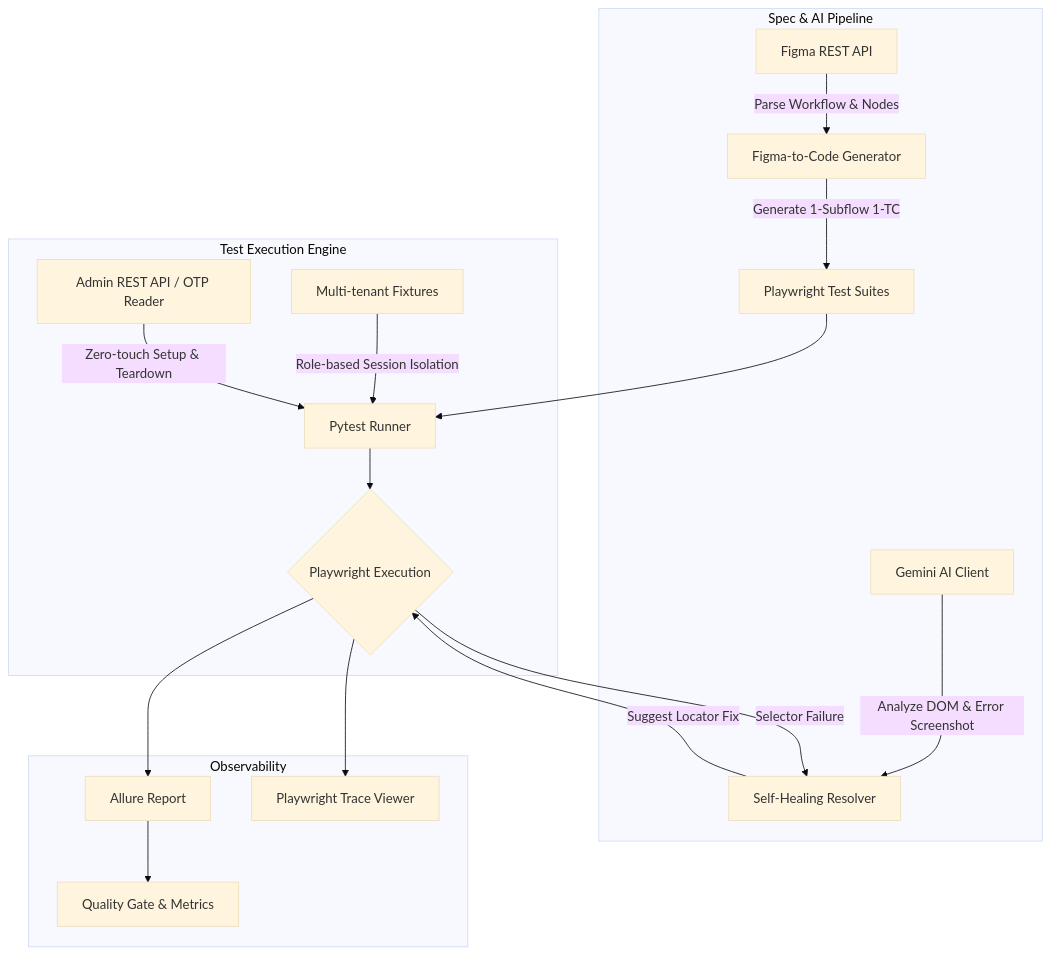
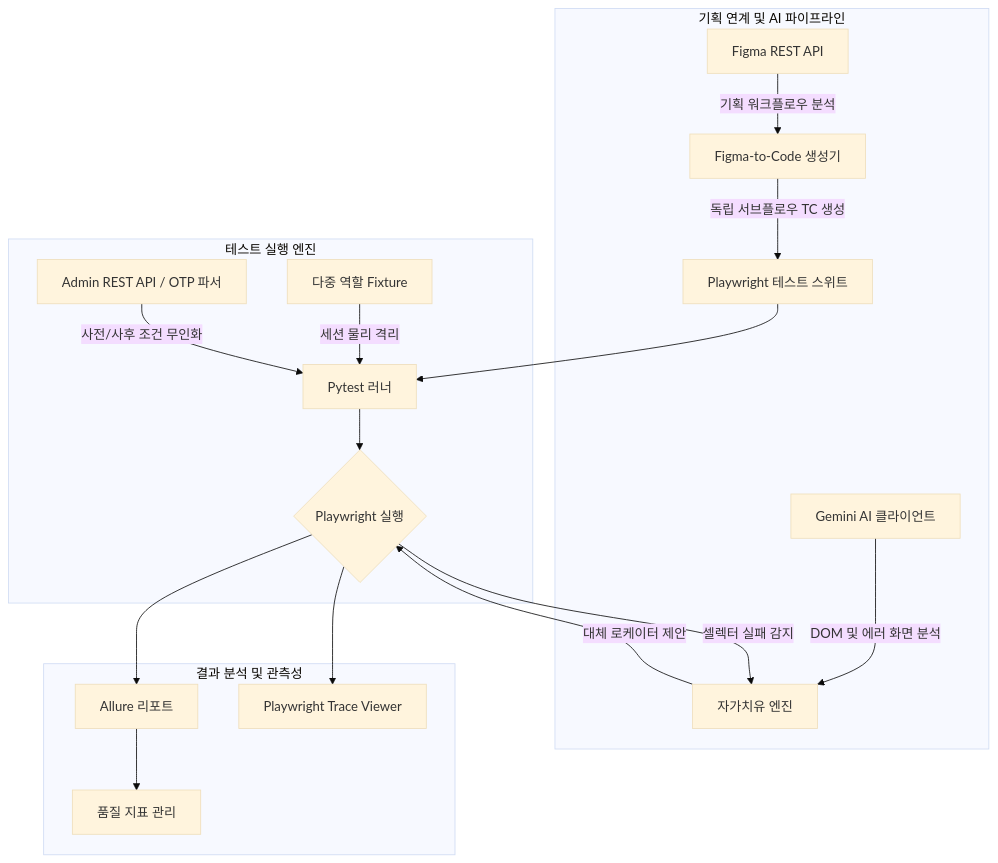
Before and after one commit to Chera-Kang/Parmple: the diagram in readme.md, drawn with Mermaid (base theme). The commit also changed other lines of this file, not shown here.

````diff
--- a/readme.md
+++ b/readme.md
@@ -40,23 +40,23 @@
 ```mermaid
 graph TD
-    subgraph Spec & AI Pipeline
-        A[Figma REST API] -->|Parse Workflow & Nodes| B[Figma-to-Code Generator]
-        B -->|Generate 1-Subflow 1-TC| C[Playwright Test Suites]
-        D[Gemini AI Client] -->|Analyze DOM & Error Screenshot| E[Self-Healing Resolver]
+    subgraph Spec["기획 연계 및 AI 파이프라인"]
+        A["Figma REST API"] -->|"기획 워크플로우 분석"| B["Figma-to-Code 생성기"]
+        B -->|"독립 서브플로우 TC 생성"| C["Playwright 테스트 스위트"]
+        D["Gemini AI 클라이언트"] -->|"DOM 및 에러 화면 분석"| E["자가치유 엔진"]
     end
 
-    subgraph Test Execution Engine
-        C --> F[Pytest Runner]
-        G[Multi-tenant Fixtures] -->|Role-based Session Isolation| F
-        H[Admin REST API / OTP Reader] -->|Zero-touch Setup & Teardown| F
-        F --> I{Playwright Execution}
-        I -->|Selector Failure| E
-        E -->|Suggest Locator Fix| I
+    subgraph Engine["테스트 실행 엔진"]
+        C --> F["Pytest 러너"]
+        G["다중 역할 Fixture"] -->|"세션 물리 격리"| F
+        H["Admin REST API / OTP 파서"] -->|"사전/사후 조건 무인화"| F
+        F --> I{"Playwright 실행"}
+        I -->|"셀렉터 실패 감지"| E
+        E -->|"대체 로케이터 제안"| I
     end
 
-    subgraph Observability
-        I --> J[Allure Report]
-        I --> K[Playwright Trace Viewer]
-        J --> L[Quality Gate & Metrics]
+    subgraph Report["결과 분석 및 관측성"]
+        I --> J["Allure 리포트"]
+        I --> K["Playwright Trace Viewer"]
+        J --> L["품질 지표 관리"]
     end
 ```
````
